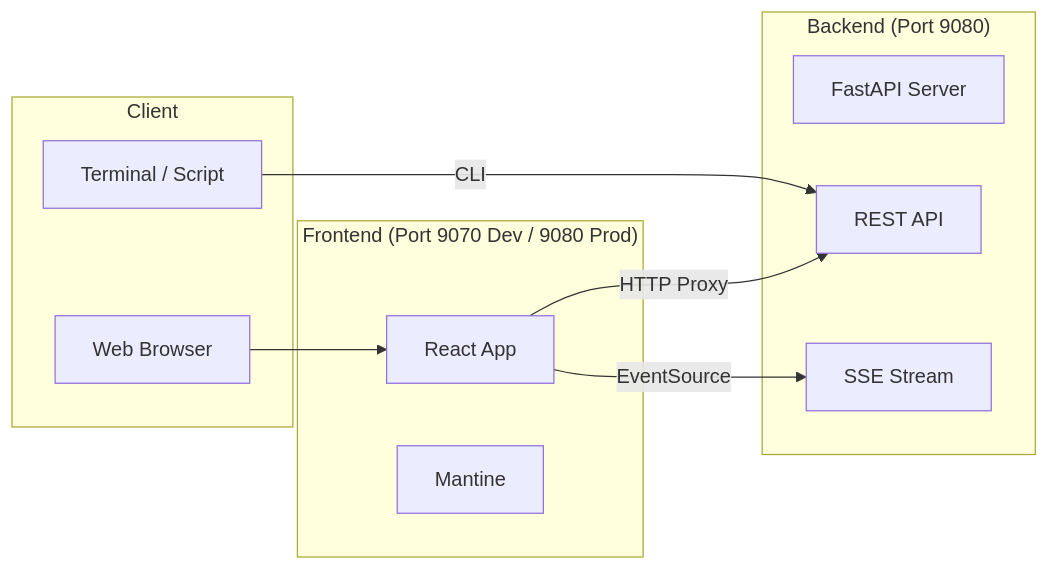
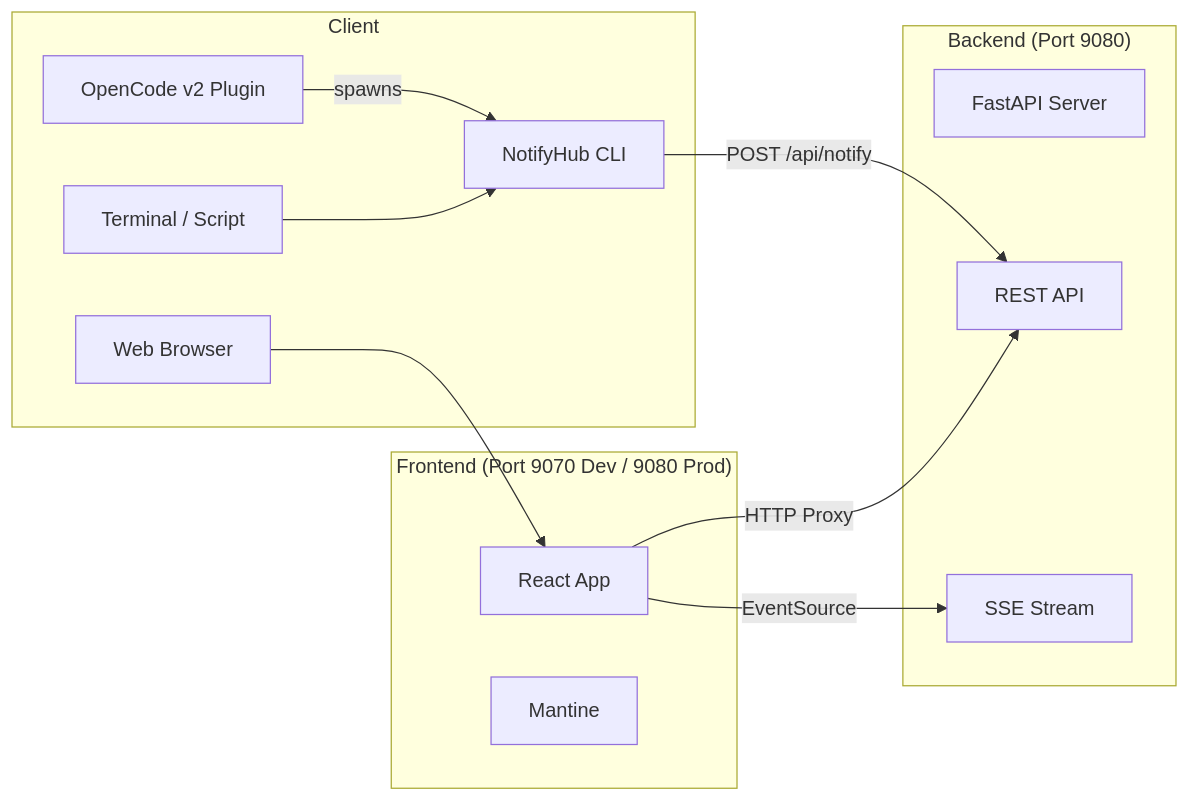
One commit to lamnguyenx/NotifyHub changed the first of 3 diagrams in README.md. Above: the diagram before and after it, drawn with Mermaid. The commit also changed other lines of this file and 10 other files, not shown here.

First line of the commit message:
Migrate OpenCode plugin to v2 API

````diff
--- a/README.md
+++ b/README.md
@@ -34,23 +34,27 @@
 ```mermaid
 graph LR
     subgraph Client
         Browser[Web Browser]
         Terminal[Terminal / Script]
+        OpenCode[OpenCode v2 Plugin]
+        CLI[NotifyHub CLI]
     end
 
     subgraph "Frontend (Port 9070 Dev / 9080 Prod)"
         React[React App]
         Mantine[Mantine]
     end
 
     subgraph "Backend (Port 9080)"
         FastAPI[FastAPI Server]
         API[REST API]
         SSE[SSE Stream]
     end
 
     Browser --> React
     React -- HTTP Proxy --> API
     React -- EventSource --> SSE
-    Terminal -- CLI --> API
+    Terminal --> CLI
+    OpenCode -- spawns --> CLI
+    CLI -- POST /api/notify --> API
 ```
````
